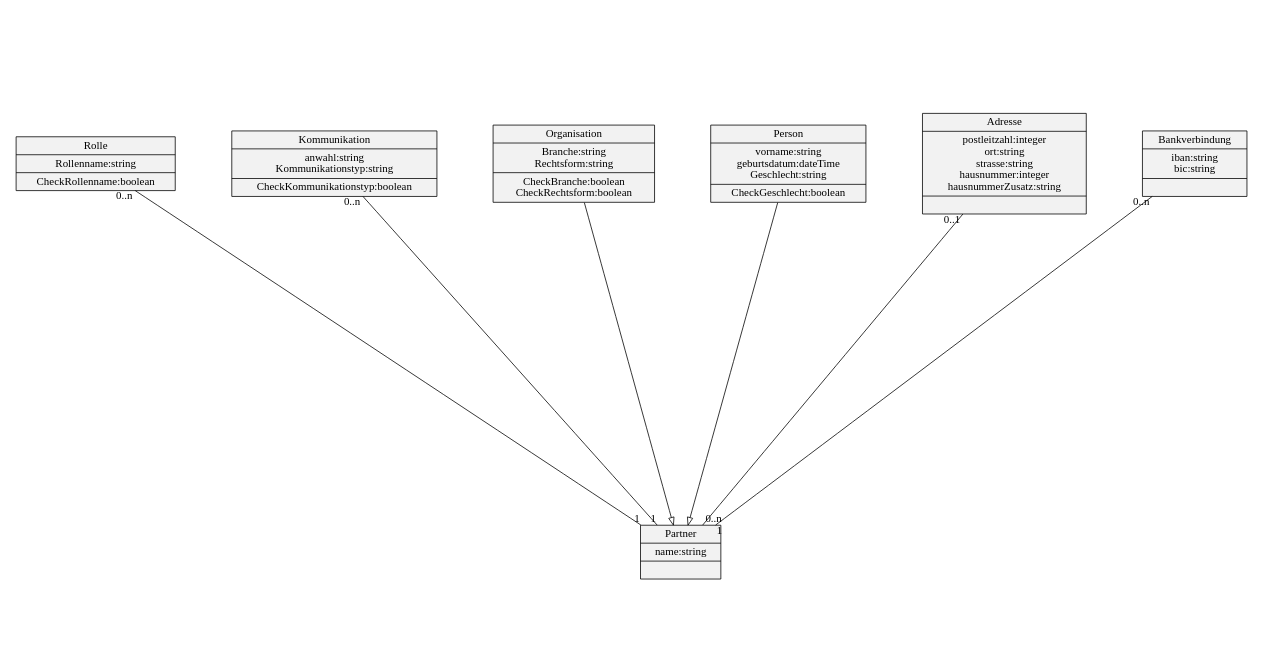
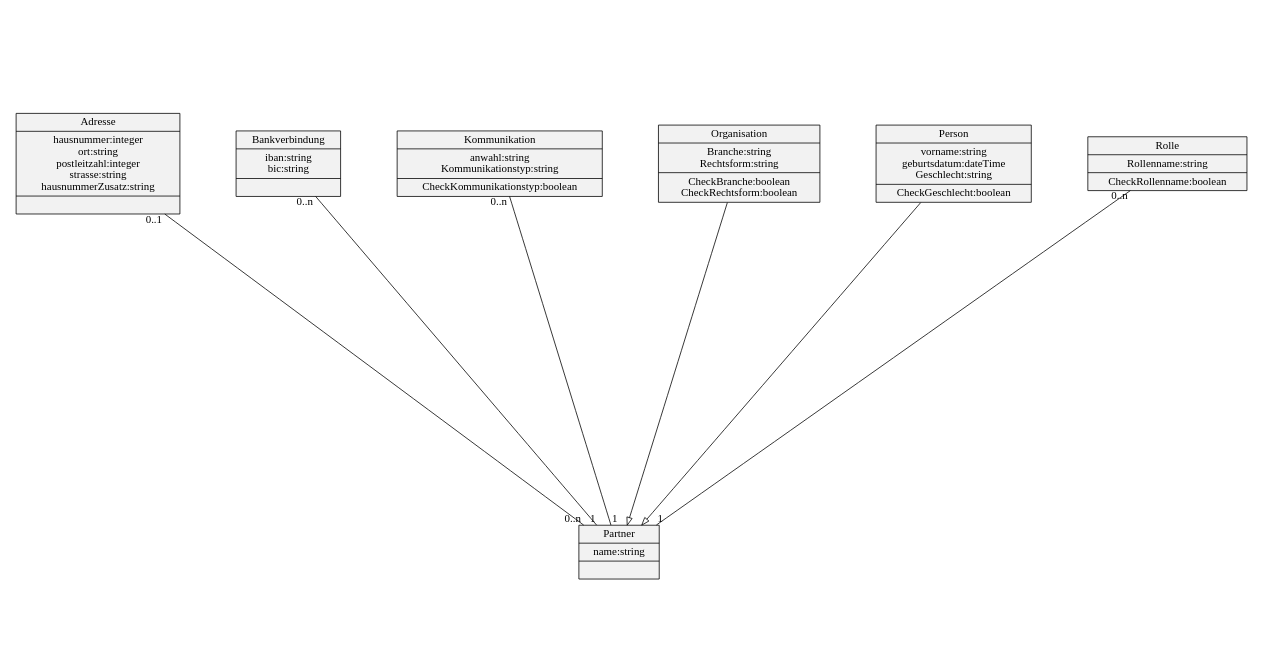
The diagram in owlToOO/Partner.gv (pstrotmann/ontology), drawn with Graphviz before and after one commit. The commit also changed 43 other files, not shown here.

```diff
--- a/owlToOO/Partner.gv
+++ b/owlToOO/Partner.gv
@@ -1,20 +1,20 @@
 digraph hierarchy {
 size=10
 ratio = 0.5
 node[shape=record,style=filled,fillcolor=gray95]
 edge[arrowhead=empty]
 graph [size=10, ranksep=1.0, nodesep=1.0, overlap=false]
-1[label = "{Partner|name:string\n |}"]
-2[label = "{Rolle|Rollenname:string\n |CheckRollenname:boolean\n }"]
+1[label = "{Adresse|hausnummer:integer\n ort:string\n postleitzahl:integer\n strasse:string\n hausnummerZusatz:string\n |}"]
+2[label = "{Bankverbindung|iban:string\n bic:string\n |}"]
 3[label = "{Kommunikation|anwahl:string\n Kommunikationstyp:string\n |CheckKommunikationstyp:boolean\n }"]
 4[label = "{Organisation|Branche:string\n Rechtsform:string\n |CheckBranche:boolean\n CheckRechtsform:boolean\n }"]
-5[label = "{Person|vorname:string\n geburtsdatum:dateTime\n Geschlecht:string\n |CheckGeschlecht:boolean\n }"]
-6[label = "{Adresse|postleitzahl:integer\n ort:string\n strasse:string\n hausnummer:integer\n hausnummerZusatz:string\n |}"]
-7[label = "{Bankverbindung|iban:string\n bic:string\n |}"]
-6->1[arrowhead=none,arrowtail=none, headlabel="0..n", taillabel="0..1"]
-2->1[arrowhead=none,arrowtail=none, headlabel="1", taillabel="0..n"]
-3->1[arrowhead=none,arrowtail=none, headlabel="1", taillabel="0..n"]
-4->1
-5->1
-7->1[arrowhead=none,arrowtail=none, headlabel="1", taillabel="0..n"]
+5[label = "{Partner|name:string\n |}"]
+6[label = "{Person|vorname:string\n geburtsdatum:dateTime\n Geschlecht:string\n |CheckGeschlecht:boolean\n }"]
+7[label = "{Rolle|Rollenname:string\n |CheckRollenname:boolean\n }"]
+2->5[arrowhead=none,arrowtail=none, headlabel="1", taillabel="0..n"]
+3->5[arrowhead=none,arrowtail=none, headlabel="1", taillabel="0..n"]
+4->5
+1->5[arrowhead=none,arrowtail=none, headlabel="0..n", taillabel="0..1"]
+6->5
+7->5[arrowhead=none,arrowtail=none, headlabel="1", taillabel="0..n"]
 }
```
